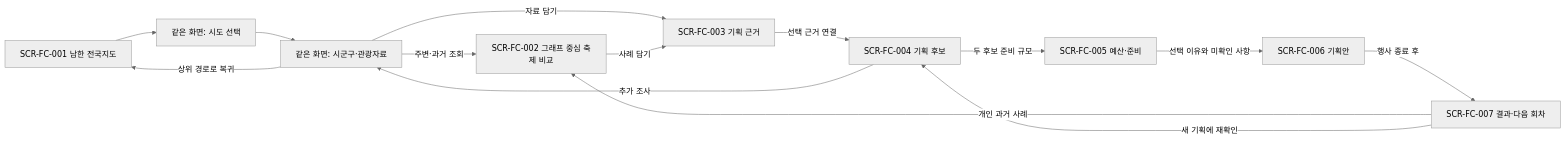
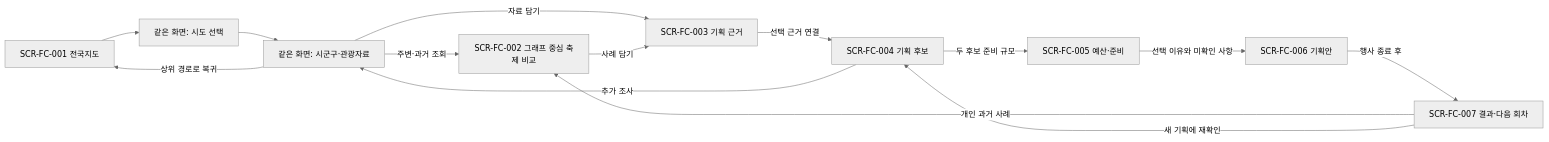
One commit to gitvssh/fest-compass changed the first of 5 diagrams in docs/sdlc/2-design/flows.md. Above: the diagram before and after it, drawn with Mermaid (neutral theme). The commit also changed 44 other files, not shown here.

````diff
--- a/docs/sdlc/2-design/flows.md
+++ b/docs/sdlc/2-design/flows.md
@@ -15,16 +15,16 @@
 ```mermaid
 flowchart LR
-  N["SCR-FC-001 남한 전국지도"] --> P["같은 화면: 시도 선택"]
+  N["SCR-FC-001 전국지도"] --> P["같은 화면: 시도 선택"]
   P --> A["같은 화면: 시군구·관광자료"]
   A -->|상위 경로로 복귀| N
   A -->|주변·과거 조회| B["SCR-FC-002 그래프 중심 축제 비교"]
   A -->|자료 담기| C["SCR-FC-003 기획 근거"]
   B -->|사례 담기| C
   C -->|선택 근거 연결| D["SCR-FC-004 기획 후보"]
   D -->|두 후보 준비 규모| E["SCR-FC-005 예산·준비"]
   E -->|선택 이유와 미확인 사항| F["SCR-FC-006 기획안"]
   F -->|행사 종료 후| G["SCR-FC-007 결과·다음 회차"]
   G -->|개인 과거 사례| B
   G -->|새 기획에 재확인| D
   D -->|추가 조사| A
 ```
````
